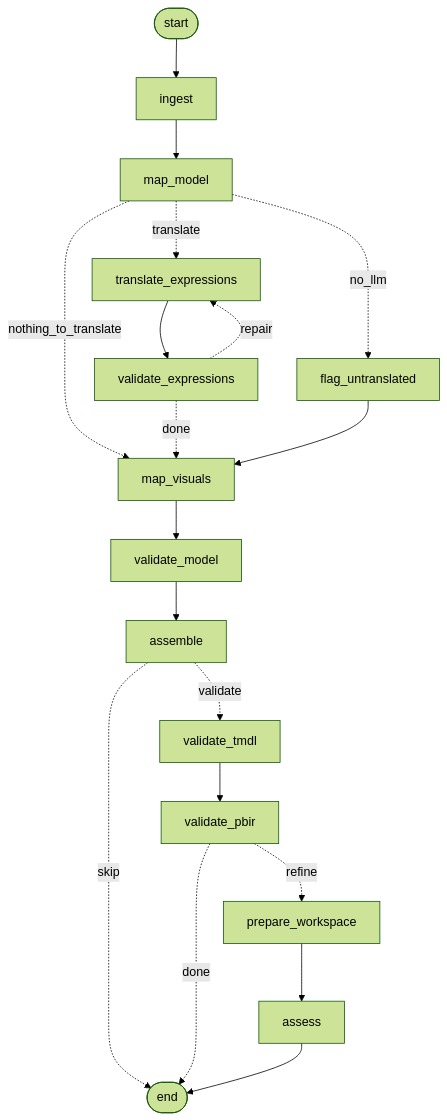
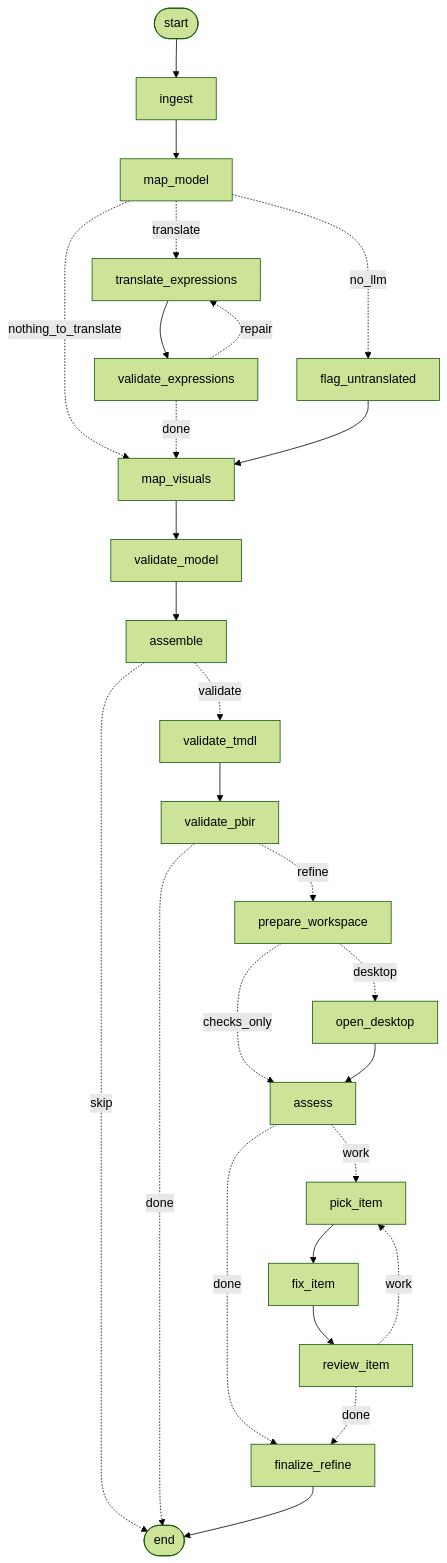
The diagram in README.md (AGiorni/tableau-to-powerbi-migrator), drawn with Mermaid (forest theme) before and after one commit. The commit also changed other lines of this file and 53 other files, not shown here.

````diff
--- a/README.md
+++ b/README.md
@@ -14,21 +14,29 @@
 ```mermaid
 graph TD
     START([start]) --> ingest
     ingest --> map_model
     map_model -.->|translate| translate_expressions
     map_model -.->|no_llm| flag_untranslated
     map_model -.->|nothing_to_translate| map_visuals
     translate_expressions --> validate_expressions
     validate_expressions -.->|repair| translate_expressions
     validate_expressions -.->|done| map_visuals
     flag_untranslated --> map_visuals
     map_visuals --> validate_model
     validate_model --> assemble
     assemble -.->|validate| validate_tmdl
     assemble -.->|skip| END([end])
     validate_tmdl --> validate_pbir
     validate_pbir -.->|refine| prepare_workspace
     validate_pbir -.->|done| END
-    prepare_workspace --> assess
-    assess --> END
+    prepare_workspace -.->|desktop| open_desktop
+    prepare_workspace -.->|checks_only| assess
+    open_desktop --> assess
+    assess -.->|work| pick_item
+    assess -.->|done| finalize_refine
+    pick_item --> fix_item
+    fix_item --> review_item
+    review_item -.->|work| pick_item
+    review_item -.->|done| finalize_refine
+    finalize_refine --> END
 ```
````
